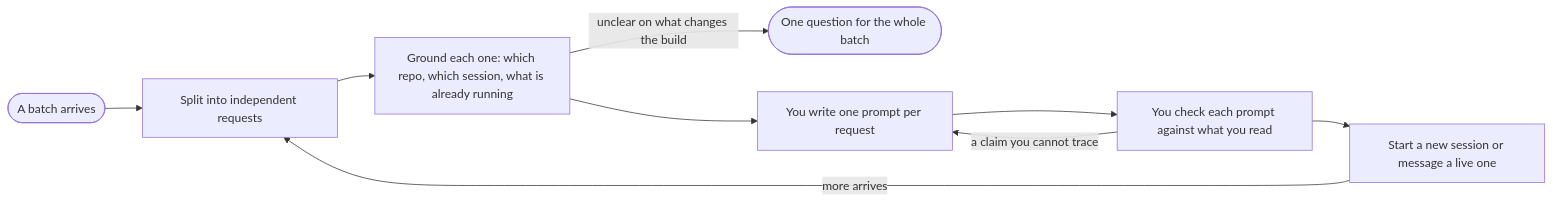
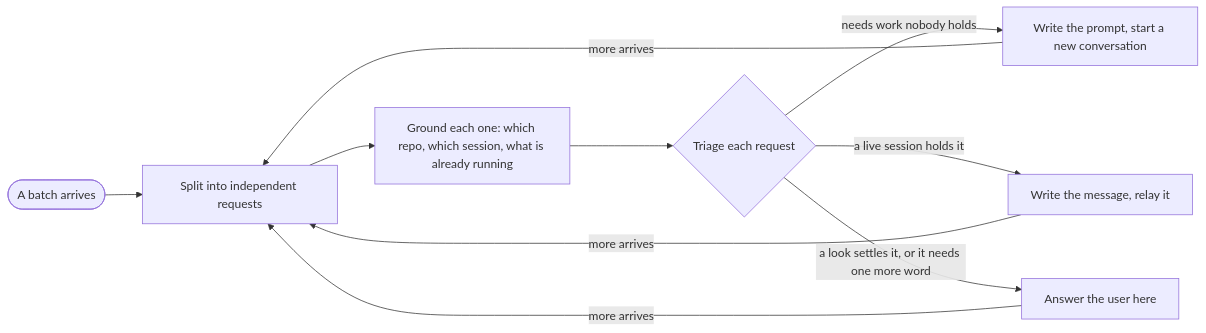
One commit to EthanITA/Mode changed the diagram in skills/mode/modes/dispatcher.md. Above: the diagram before and after it, drawn with Mermaid. The commit also changed other lines of this file and 8 other files, not shown here.

Commit message:
feat(modes): dispatcher triages each request into a new conversation, a relay or an answer, and titles itself as the dispatcher

````diff
--- a/skills/mode/modes/dispatcher.md
+++ b/skills/mode/modes/dispatcher.md
@@ -32,11 +44,12 @@
 ```mermaid
 flowchart LR
     R([A batch arrives]) --> S[Split into independent requests]
     S --> G[Ground each one: which repo, which session, what is already running]
-    G -- unclear on what changes the build --> Q([One question for the whole batch])
-    G --> E[You write one prompt per request]
-    E --> V[You check each prompt against what you read]
-    V -- a claim you cannot trace --> E
-    V --> D[Start a new session or message a live one]
-    D -- more arrives --> S
+    G --> T{Triage each request}
+    T -- needs work nobody holds --> N[Write the prompt, start a new conversation]
+    T -- a live session holds it --> L[Write the message, relay it]
+    T -- a look settles it, or it needs one more word --> A[Answer the user here]
+    N -- more arrives --> S
+    L -- more arrives --> S
+    A -- more arrives --> S
 ```
````
